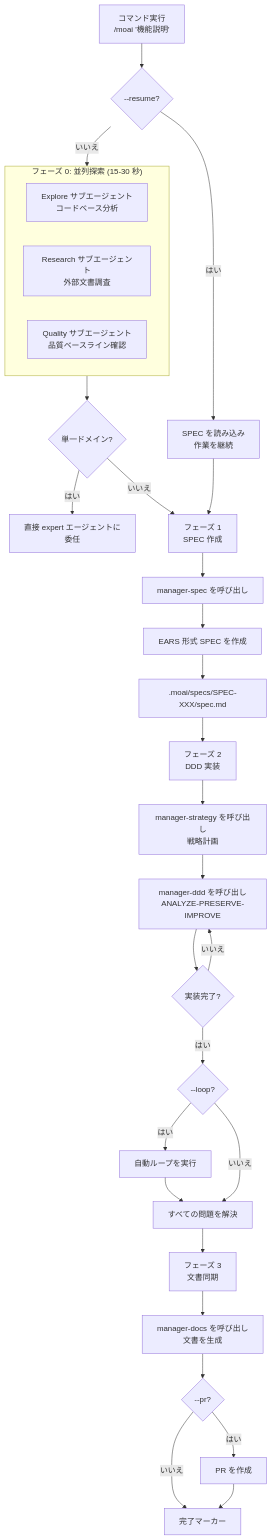
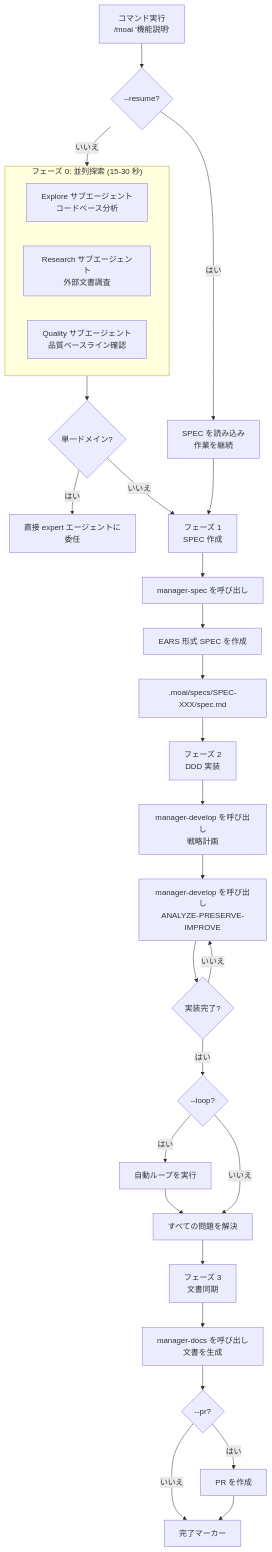
Before and after one commit to modu-ai/moai-adk: the diagram in docs-site/content/ja/utility-commands/moai.md, drawn with Mermaid. The commit also changed other lines of this file and 153 other files, not shown here.

````diff
--- a/docs-site/content/ja/utility-commands/moai.md
+++ b/docs-site/content/ja/utility-commands/moai.md
@@ -152,41 +152,41 @@
 ```mermaid
 flowchart TD
     A["コマンド実行<br/>/moai '機能説明'"] --> B{--resume?}
     B -->|はい| C["SPEC を読み込み<br/>作業を継続"]
     B -->|いいえ| D["フェーズ 0<br/>並列探索"]
 
     subgraph D["フェーズ 0: 並列探索 (15-30 秒)"]
         D1["Explore サブエージェント<br/>コードベース分析"]
         D2["Research サブエージェント<br/>外部文書調査"]
         D3["Quality サブエージェント<br/>品質ベースライン確認"]
     end
 
     D --> E{"単一ドメイン?"}
     E -->|はい| F["直接 expert エージェントに<br/>委任"]
     E -->|いいえ| G["フェーズ 1 を継続"]
 
     C --> G["フェーズ 1<br/>SPEC 作成"]
     G --> H["manager-spec を呼び出し"]
     H --> I["EARS 形式 SPEC を作成"]
     I --> J[".moai/specs/SPEC-XXX/spec.md"]
 
     J --> K["フェーズ 2<br/>DDD 実装"]
 
-    K --> L["manager-strategy を呼び出し<br/>戦略計画"]
-    L --> M["manager-ddd を呼び出し<br/>ANALYZE-PRESERVE-IMPROVE"]
+    K --> L["manager-develop を呼び出し<br/>戦略計画"]
+    L --> M["manager-develop を呼び出し<br/>ANALYZE-PRESERVE-IMPROVE"]
     M --> N{"実装完了?"}
     N -->|いいえ| M
     N -->|はい| O{"--loop?"}
 
     O -->|はい| P["自動ループを実行"]
     P --> Q["すべての問題を解決"]
     O -->|いいえ| Q
 
     Q --> R["フェーズ 3<br/>文書同期"]
 
     R --> S["manager-docs を呼び出し<br/>文書を生成"]
     S --> T{"--pr?"}
     T -->|はい| U["PR を作成"]
     T -->|いいえ| V["完了マーカー"]
     U --> V
 ```
````
